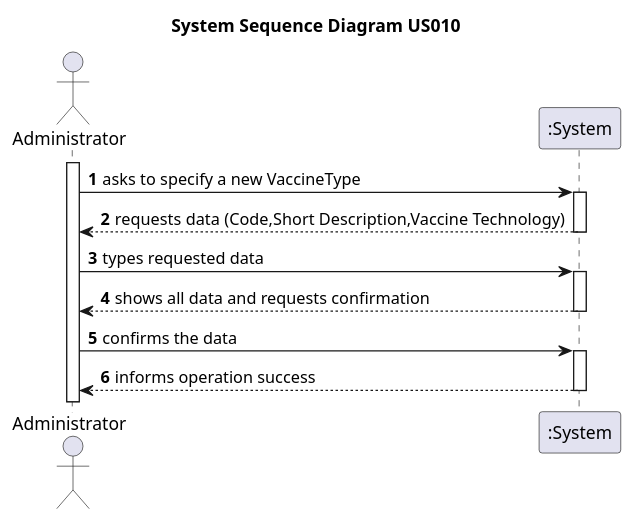
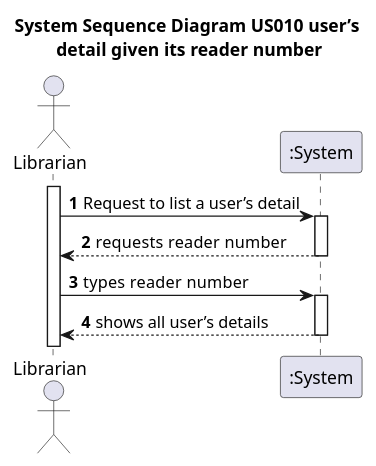
The diagram in docs/Phase_1/WP_3A/US013/US013-SSD.puml (GODinho211/psoft-project-G2), drawn with PlantUML before and after one commit. The commit also changed 11 other files, not shown here.

Commit message:
Update the Workpackage 3 with the design namely Domain model extract sequence diagram ans system sequence diagram

```diff
--- a/docs/Phase_1/WP_3A/US013/US013-SSD.puml
+++ b/docs/Phase_1/WP_3A/US013/US013-SSD.puml
@@ -1,22 +1,21 @@
 @startuml
 'https://plantuml.com/sequence-diagram
 
-title System Sequence Diagram US010
+title System Sequence Diagram US010 user’s\n detail given its reader number
+
 
 autoactivate on
 autonumber
 
-actor "Administrator" as Administrator
+actor "Librarian" as Administrator
 participant ":System" as System
 
 activate Administrator
 
-Administrator -> System: asks to specify a new VaccineType
-System --> Administrator: requests data (Code,Short Description,Vaccine Technology)
+Administrator -> System: Request to list a user’s detail
+System --> Administrator: requests  reader number
 
-Administrator -> System: types requested data
-System --> Administrator: shows all data and requests confirmation
+Administrator -> System: types  reader number
+System --> Administrator: shows all user’s details
 
-Administrator -> System: confirms the data
-System --> Administrator: informs operation success
 @enduml
```
